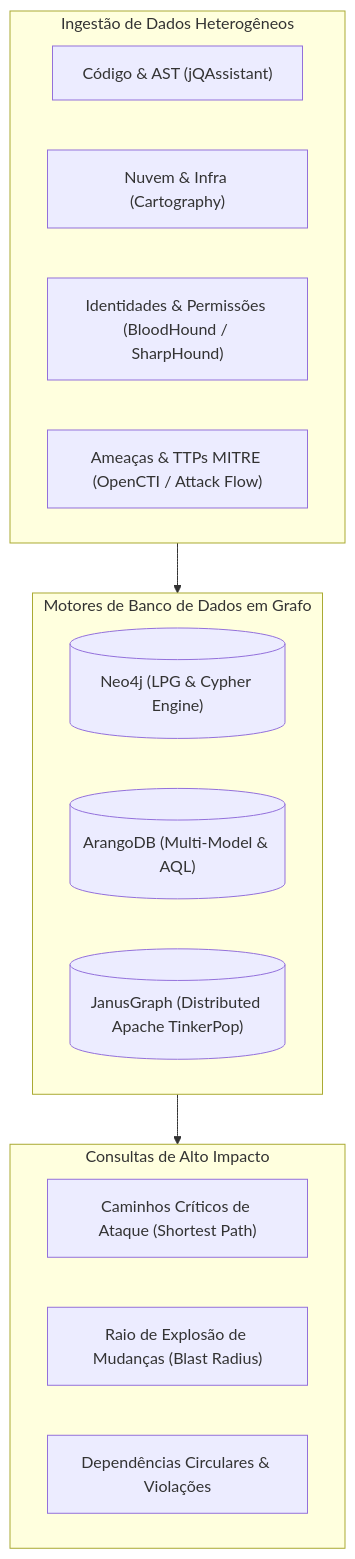
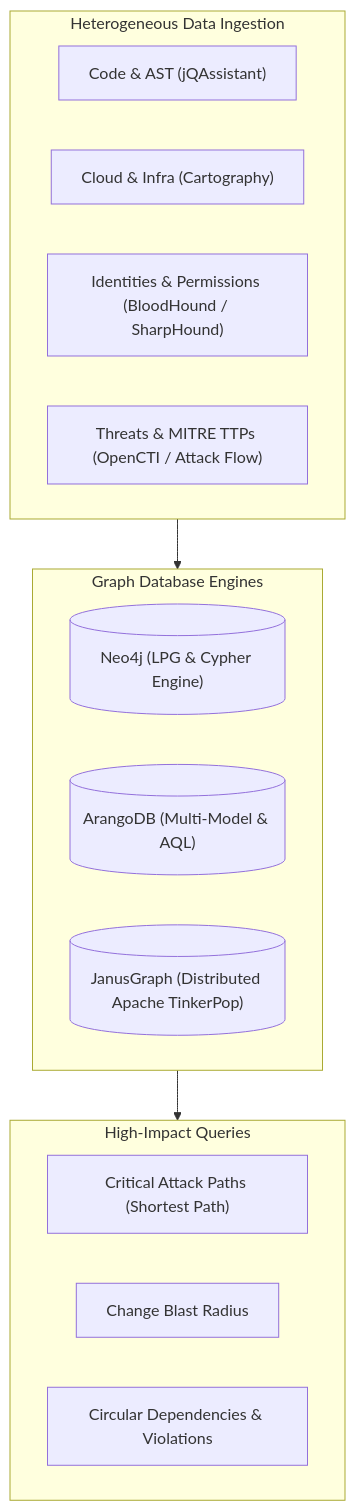
The diagram in knowledge/skills/mapping/graph-relationship-mapping/SKILL.md (dandgabr/Coacus), drawn with Mermaid before and after one commit. The commit also changed other lines of this file and 143 other files, not shown here.

````diff
--- a/knowledge/skills/mapping/graph-relationship-mapping/SKILL.md
+++ b/knowledge/skills/mapping/graph-relationship-mapping/SKILL.md
@@ -16,24 +16,24 @@
 ```mermaid
 flowchart TD
-    subgraph IngestionSources["Ingestão de Dados Heterogêneos"]
-        CODE_DATA["Código & AST (jQAssistant)"]
-        CLOUD_DATA["Nuvem & Infra (Cartography)"]
-        AD_DATA["Identidades & Permissões (BloodHound / SharpHound)"]
-        CTI_DATA["Ameaças & TTPs MITRE (OpenCTI / Attack Flow)"]
+    subgraph IngestionSources["Heterogeneous Data Ingestion"]
+        CODE_DATA["Code & AST (jQAssistant)"]
+        CLOUD_DATA["Cloud & Infra (Cartography)"]
+        AD_DATA["Identities & Permissions (BloodHound / SharpHound)"]
+        CTI_DATA["Threats & MITRE TTPs (OpenCTI / Attack Flow)"]
     end
 
-    subgraph GraphEngines["Motores de Banco de Dados em Grafo"]
+    subgraph GraphEngines["Graph Database Engines"]
         NEO4J[("Neo4j (LPG & Cypher Engine)")]
         ARANGODB[("ArangoDB (Multi-Model & AQL)")]
         JANUSGRAPH[("JanusGraph (Distributed Apache TinkerPop)")]
     end
 
-    subgraph Analytics["Consultas de Alto Impacto"]
-        ATTACK_PATHS["Caminhos Críticos de Ataque (Shortest Path)"]
-        BLAST_RADIUS["Raio de Explosão de Mudanças (Blast Radius)"]
-        CIRCULAR_DEPS["Dependências Circulares & Violações"]
+    subgraph Analytics["High-Impact Queries"]
+        ATTACK_PATHS["Critical Attack Paths (Shortest Path)"]
+        BLAST_RADIUS["Change Blast Radius"]
+        CIRCULAR_DEPS["Circular Dependencies & Violations"]
     end
 
     IngestionSources --> GraphEngines
     GraphEngines --> Analytics
 ```
````
